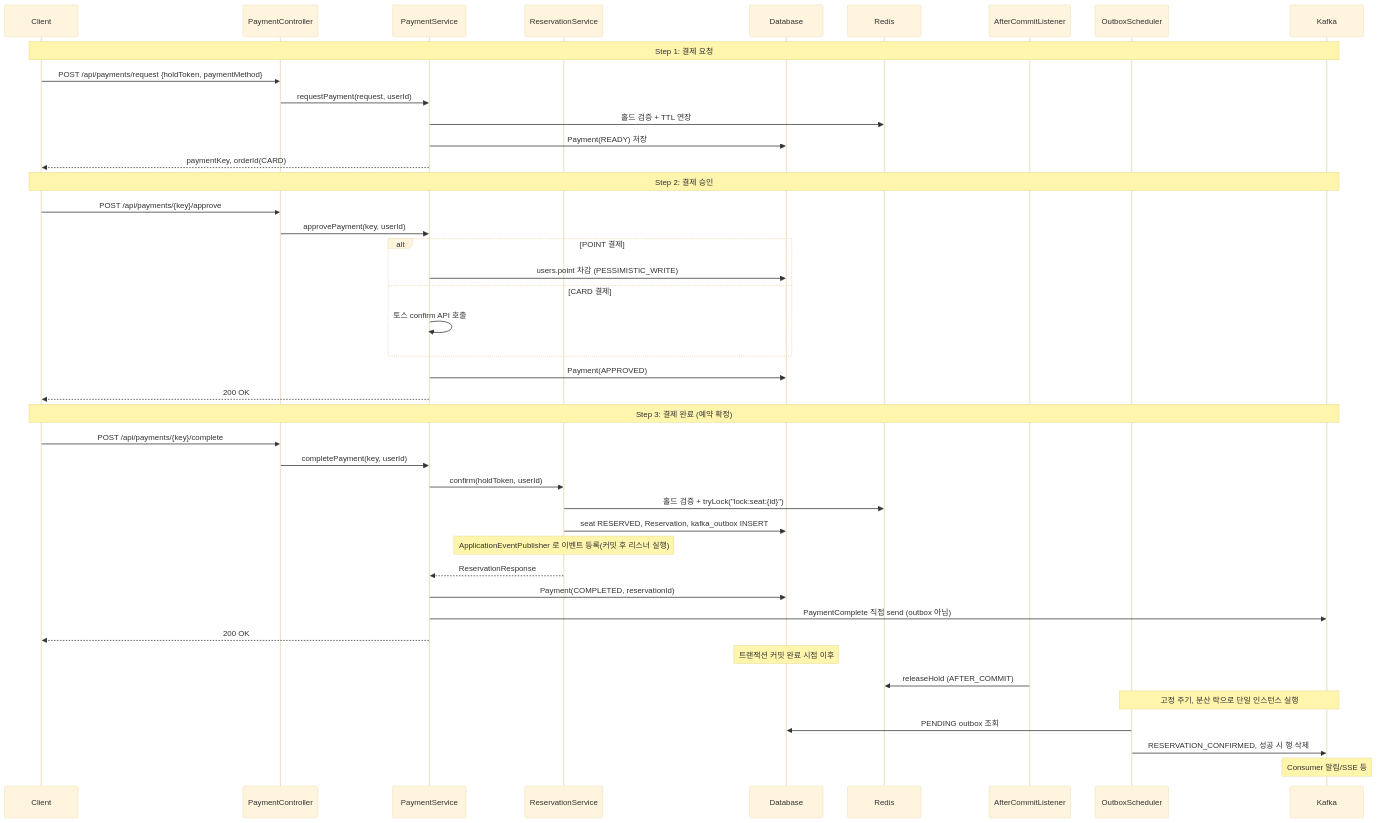
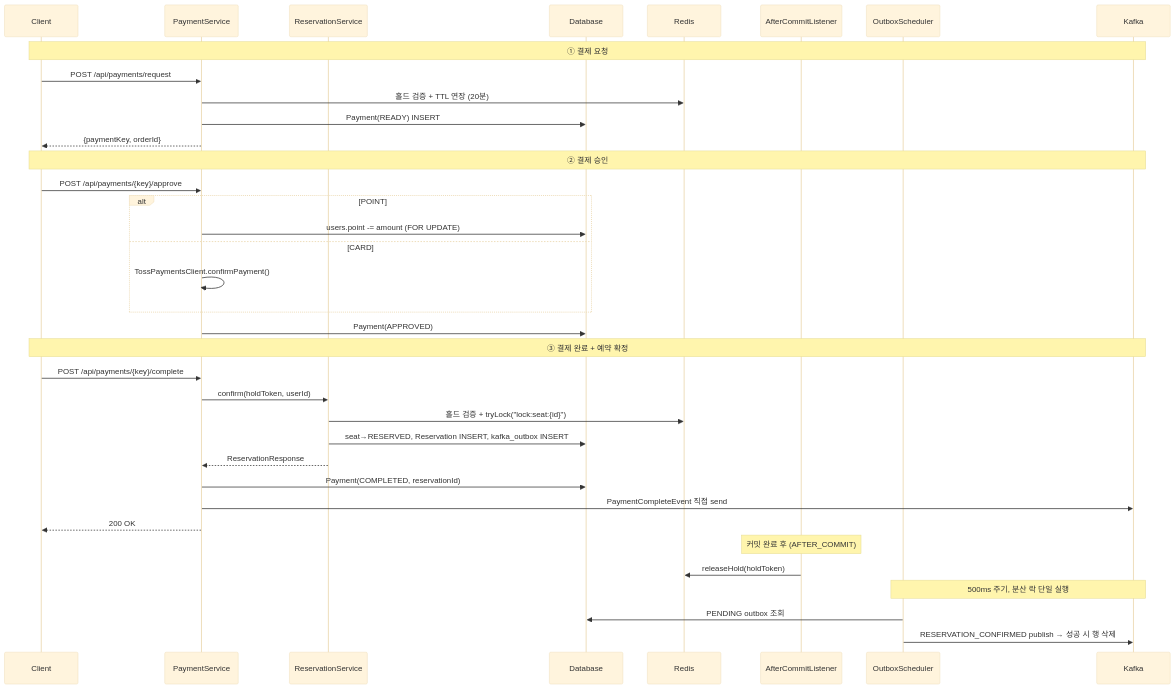
One commit to kiy3035/Ticketing changed the second of 3 diagrams in docs/sequence-diagrams.md. Above: the diagram before and after it, drawn with Mermaid (base theme). The commit also changed other lines of this file and 13 other files, not shown here.

````diff
--- a/docs/sequence-diagrams.md
+++ b/docs/sequence-diagrams.md
@@ -43,50 +34,43 @@
 ```mermaid
 sequenceDiagram
     participant C as Client
-    participant PC as PaymentController
     participant PS as PaymentService
     participant RS as ReservationService
     participant DB as Database
     participant Redis as Redis
     participant L as AfterCommitListener
     participant Sched as OutboxScheduler
     participant K as Kafka
 
-    Note over C,K: Step 1: 결제 요청
-    C->>PC: POST /api/payments/request {holdToken, paymentMethod}
-    PC->>PS: requestPayment(request, userId)
-    PS->>Redis: 홀드 검증 + TTL 연장
-    PS->>DB: Payment(READY) 저장
-    PS-->>C: paymentKey, orderId(CARD)
+    Note over C,K: ① 결제 요청
+    C->>PS: POST /api/payments/request
+    PS->>Redis: 홀드 검증 + TTL 연장 (20분)
+    PS->>DB: Payment(READY) INSERT
+    PS-->>C: {paymentKey, orderId}
 
-    Note over C,K: Step 2: 결제 승인
-    C->>PC: POST /api/payments/{key}/approve
-    PC->>PS: approvePayment(key, userId)
-    alt POINT 결제
-        PS->>DB: users.point 차감 (PESSIMISTIC_WRITE)
-    else CARD 결제
-        PS->>PS: 토스 confirm API 호출
+    Note over C,K: ② 결제 승인
+    C->>PS: POST /api/payments/{key}/approve
+    alt POINT
+        PS->>DB: users.point -= amount (FOR UPDATE)
+    else CARD
+        PS->>PS: TossPaymentsClient.confirmPayment()
     end
     PS->>DB: Payment(APPROVED)
+
+    Note over C,K: ③ 결제 완료 + 예약 확정
+    C->>PS: POST /api/payments/{key}/complete
+    PS->>RS: confirm(holdToken, userId)
+    RS->>Redis: 홀드 검증 + tryLock("lock:seat:{id}")
+    RS->>DB: seat→RESERVED, Reservation INSERT, kafka_outbox INSERT
+    RS-->>PS: ReservationResponse
+    PS->>DB: Payment(COMPLETED, reservationId)
+    PS->>K: PaymentCompleteEvent 직접 send
     PS-->>C: 200 OK
 
-    Note over C,K: Step 3: 결제 완료 (예약 확정)
-    C->>PC: POST /api/payments/{key}/complete
-    PC->>PS: completePayment(key, userId)
-    PS->>RS: confirm(holdToken, userId)
-    RS->>Redis: 홀드 검증 + tryLock("lock:seat:{id}")
-    RS->>DB: seat RESERVED, Reservation, kafka_outbox INSERT
-    Note over RS: ApplicationEventPublisher 로 이벤트 등록(커밋 후 리스너 실행)
-    RS-->>PS: ReservationResponse
-    PS->>DB: Payment(COMPLETED, reservationId)
-    PS->>K: PaymentComplete 직접 send (outbox 아님)
-    PS-->>C: 200 OK
+    Note over L: 커밋 완료 후 (AFTER_COMMIT)
+    L->>Redis: releaseHold(holdToken)
 
-    Note over DB: 트랜잭션 커밋 완료 시점 이후
-    L->>Redis: releaseHold (AFTER_COMMIT)
-    Note over Sched,K: 고정 주기, 분산 락으로 단일 인스턴스 실행
+    Note over Sched,K: 500ms 주기, 분산 락 단일 실행
     Sched->>DB: PENDING outbox 조회
-    Sched->>K: RESERVATION_CONFIRMED, 성공 시 행 삭제
-
-    Note over K: Consumer 알림/SSE 등
+    Sched->>K: RESERVATION_CONFIRMED publish → 성공 시 행 삭제
 ```
````
